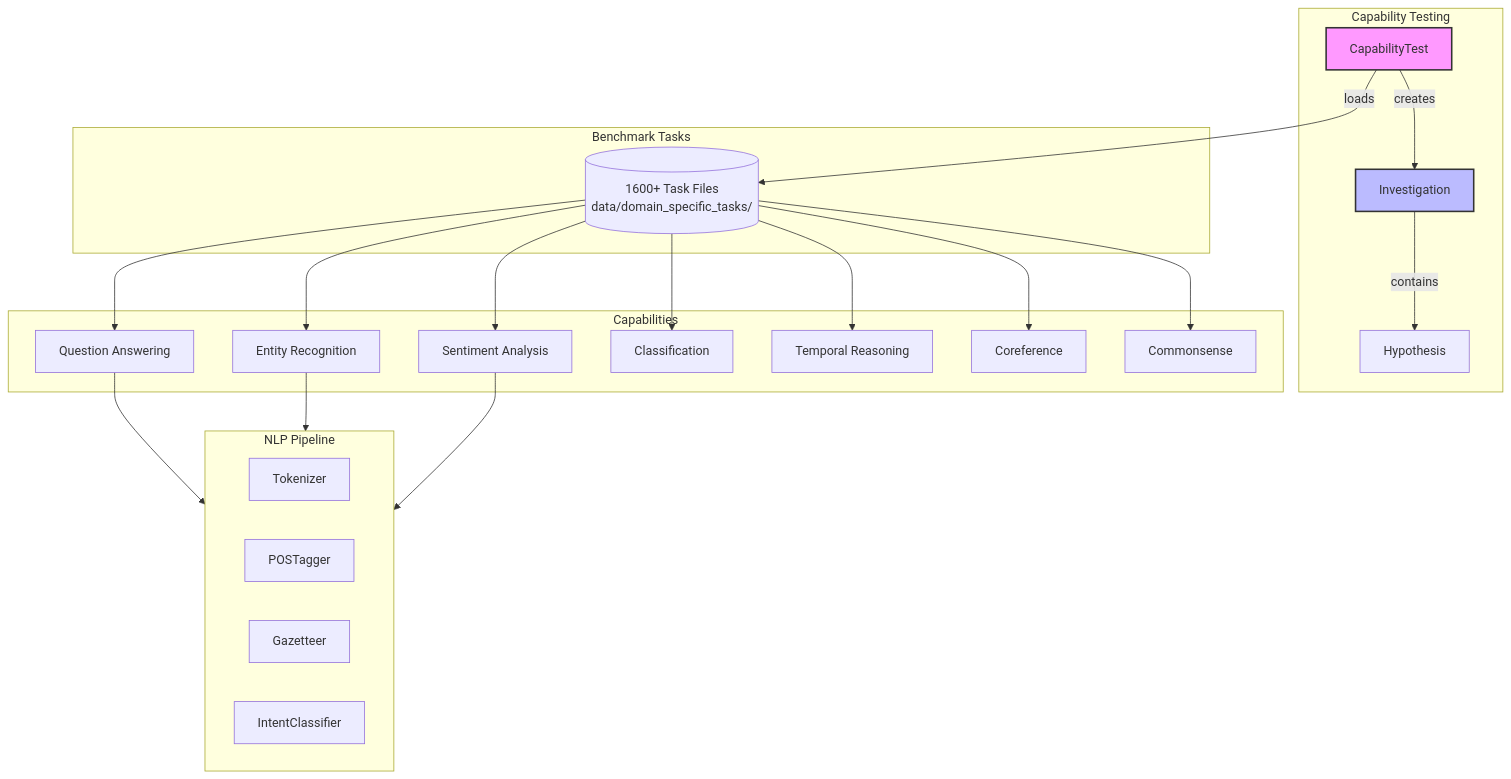
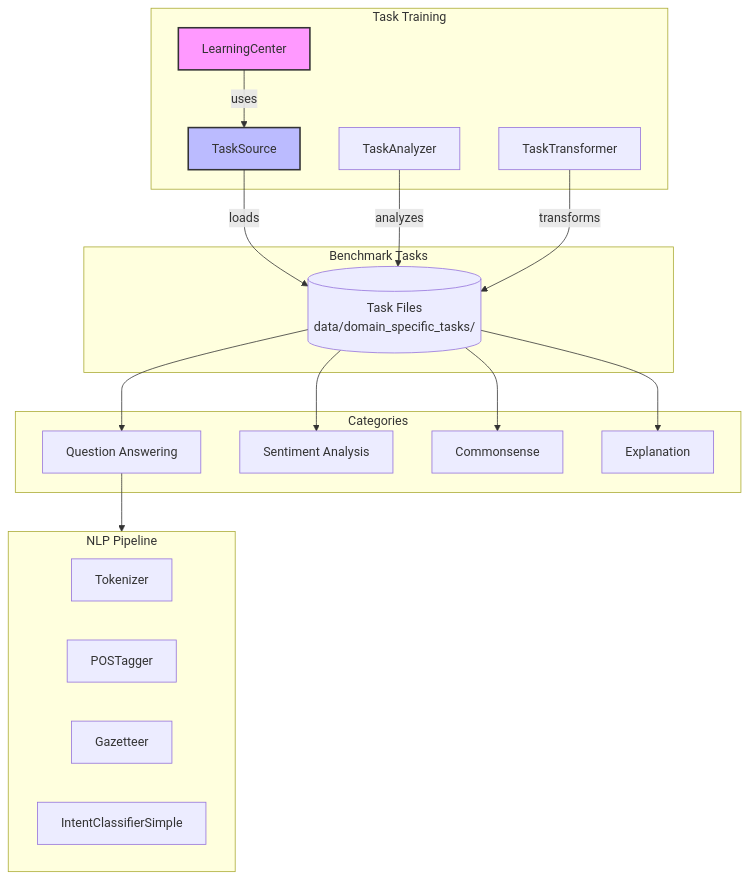
One commit to austinkregel/elixir-chatbot changed diagram 25 of 25 in docs/ARCHITECTURE.md. Above: the diagram before and after it, drawn with Mermaid. The commit also changed other lines of this file and 14 other files, not shown here.

````diff
--- a/docs/ARCHITECTURE.md
+++ b/docs/ARCHITECTURE.md
@@ -1775,40 +1775,37 @@
 ```mermaid
 flowchart TB
-    subgraph Testing["Capability Testing"]
-        CT["CapabilityTest"]
-        INV["Investigation"]
-        HYP["Hypothesis"]
+    subgraph Training["Task Training"]
+        LC["LearningCenter"]
+        TS["TaskSource"]
+        TA["TaskAnalyzer"]
+        TT["TaskTransformer"]
     end
 
     subgraph Tasks["Benchmark Tasks"]
-        TASKS[("1600+ Task Files<br/>data/domain_specific_tasks/")]
+        TASKS[("Task Files<br/>data/domain_specific_tasks/")]
     end
 
-    subgraph Capabilities
+    subgraph Categories
         QA["Question Answering"]
-        NER["Entity Recognition"]
         SENT["Sentiment Analysis"]
-        CLASS["Classification"]
-        TEMP["Temporal Reasoning"]
-        COREF["Coreference"]
         COMM["Commonsense"]
+        EXPL["Explanation"]
     end
 
     subgraph Pipeline["NLP Pipeline"]
         TOK["Tokenizer"]
         POS["POSTagger"]
         GAZ["Gazetteer"]
-        IC["IntentClassifier"]
+        IC["IntentClassifierSimple"]
     end
 
-    CT -->|creates| INV
-    INV -->|contains| HYP
-    CT -->|loads| TASKS
-    TASKS --> QA & NER & SENT & CLASS & TEMP & COREF & COMM
+    LC -->|uses| TS
+    TS -->|loads| TASKS
+    TA -->|analyzes| TASKS
+    TT -->|transforms| TASKS
+    TASKS --> QA & SENT & COMM & EXPL
     QA --> Pipeline
-    NER --> Pipeline
-    SENT --> Pipeline
 
-    style CT fill:#f9f,stroke:#333,stroke-width:2px
-    style INV fill:#bbf,stroke:#333,stroke-width:2px
+    style LC fill:#f9f,stroke:#333,stroke-width:2px
+    style TS fill:#bbf,stroke:#333,stroke-width:2px
 ```
````
